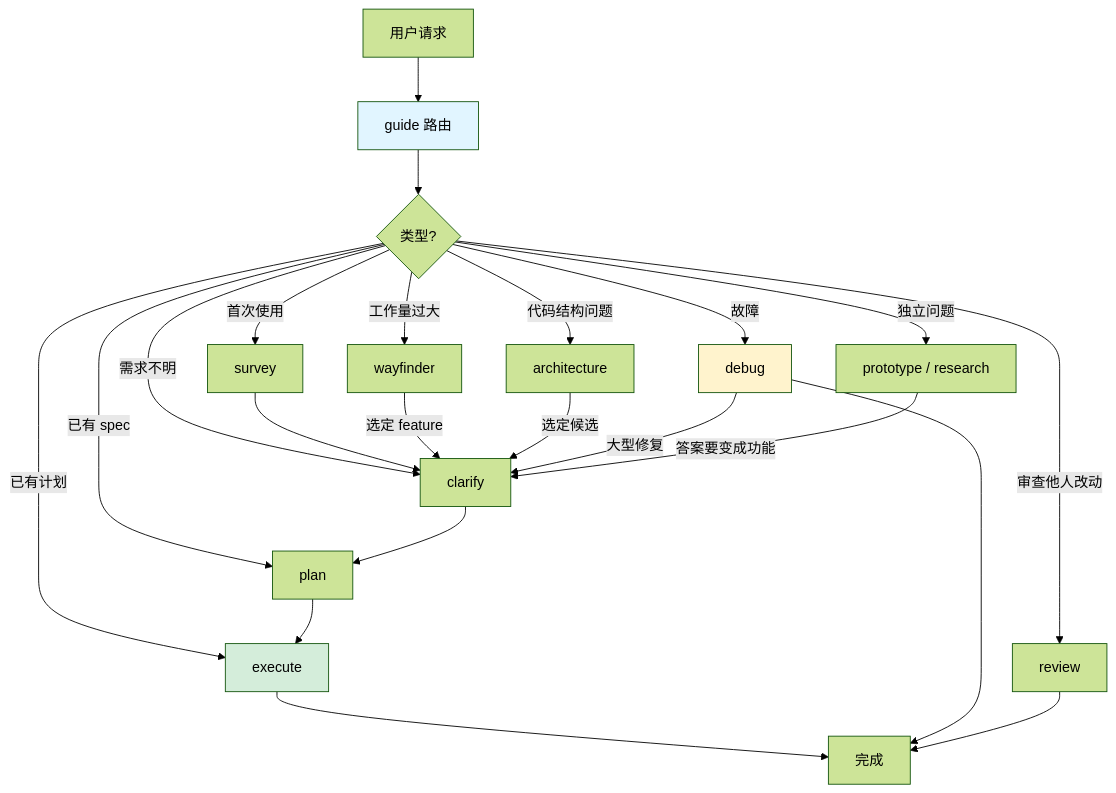
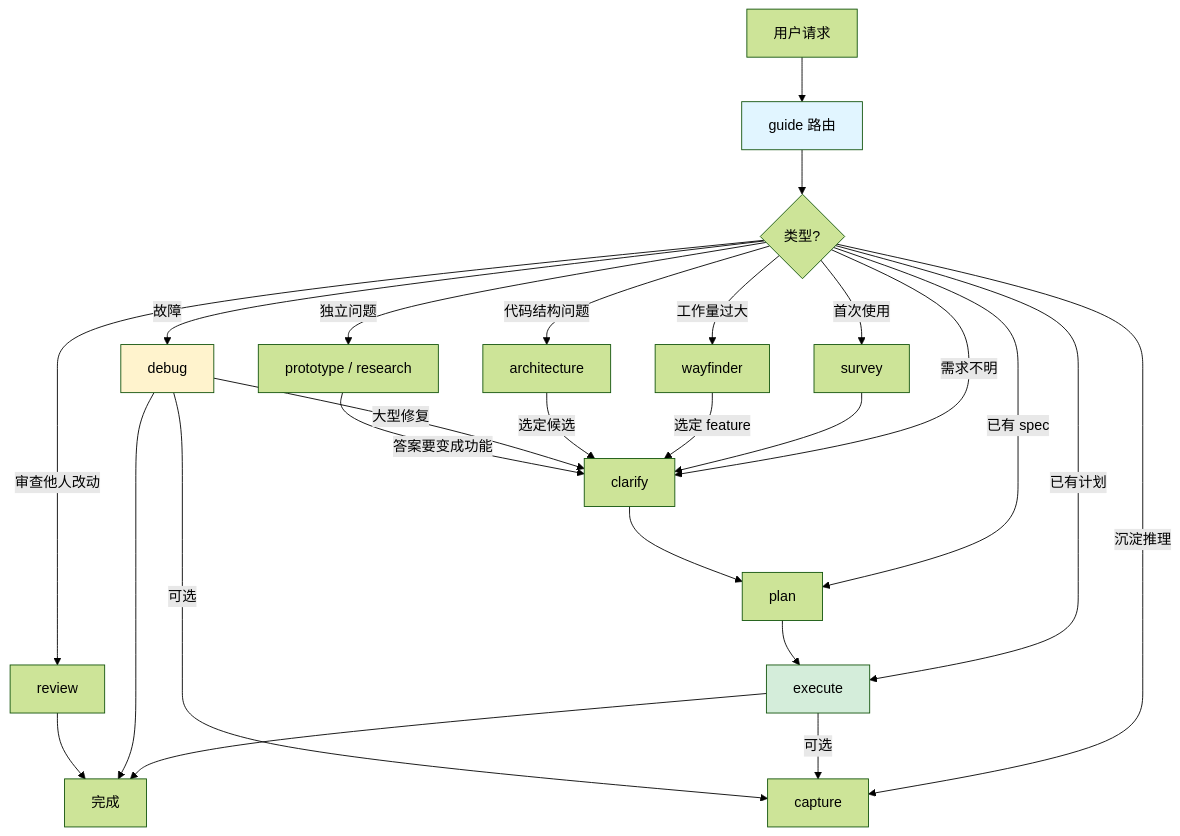
One commit to iron6909/coding-skills changed the diagram in README.md. Above: the diagram before and after it, drawn with Mermaid (forest theme). The commit also changed other lines of this file and 6 other files, not shown here.

````diff
--- a/README.md
+++ b/README.md
@@ -27,29 +27,32 @@
 ```mermaid
 graph TD
     A[用户请求] --> B[guide 路由]
     B --> C{类型?}
     C -->|首次使用| D[survey]
     C -->|需求不明| E[clarify]
     C -->|已有 spec| F[plan]
     C -->|已有计划| G[execute]
     C -->|故障| H[debug]
     C -->|审查他人改动| I[review]
     C -->|工作量过大| K[wayfinder]
     C -->|独立问题| L[prototype / research]
     C -->|代码结构问题| M[architecture]
+    C -->|沉淀推理| N[capture]
 
     D --> E
     E --> F
     F --> G
     G --> J[完成]
     H --> J
     I --> J
     K -->|选定 feature| E
     M -->|选定候选| E
     H -->|大型修复| E
     L -->|答案要变成功能| E
+    G -->|可选| N
+    H -->|可选| N
 
     style B fill:#e1f5ff
     style G fill:#d4edda
     style H fill:#fff3cd
 ```
````
